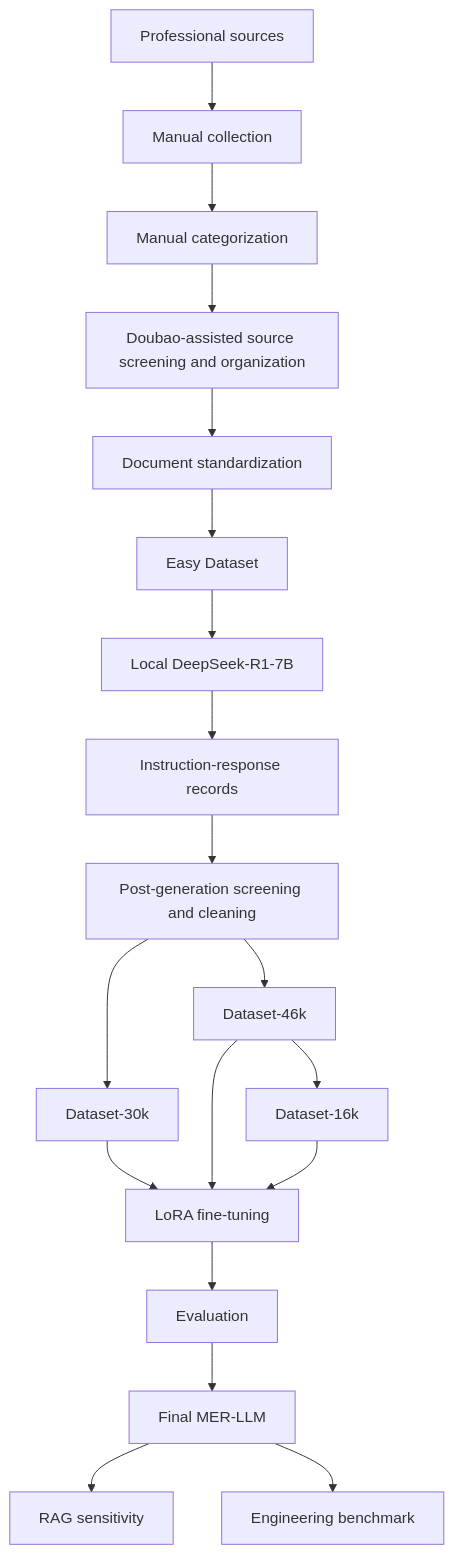
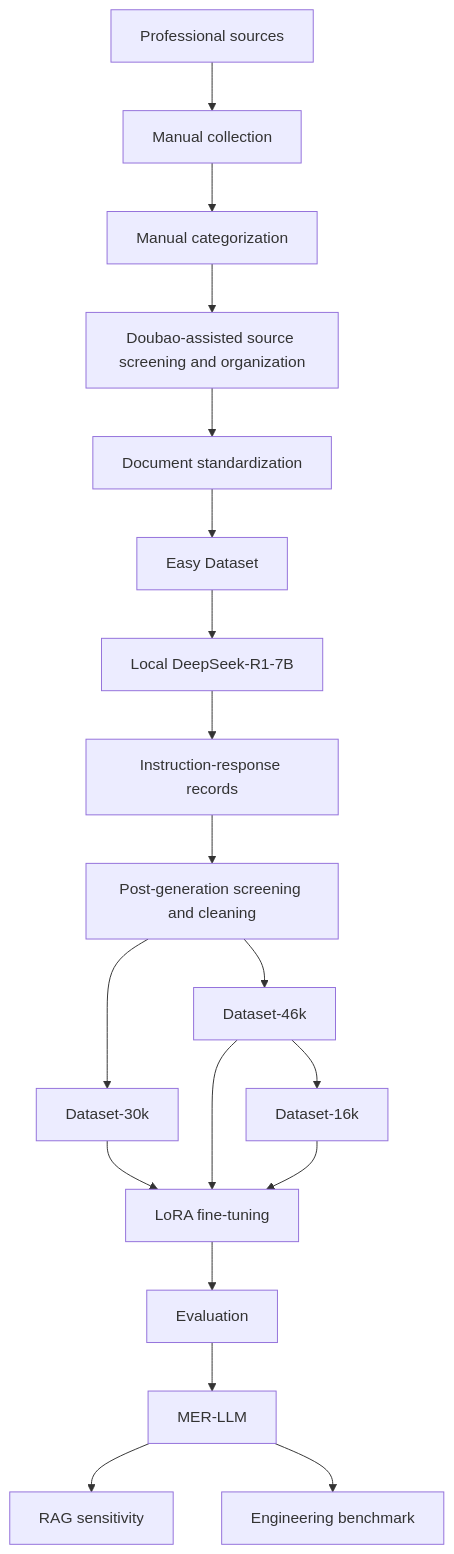
The diagram in README.md (doudouding777-rgb/MER-LLM-Reproducibility), drawn with Mermaid before and after one commit. The commit also changed other lines of this file and 6 other files, not shown here.

````diff
--- a/README.md
+++ b/README.md
@@ -33,21 +33,21 @@
 ```mermaid
 flowchart TD
   A[Professional sources] --> B[Manual collection]
   B --> C[Manual categorization]
   C --> D[Doubao-assisted source screening and organization]
   D --> E[Document standardization]
   E --> F[Easy Dataset]
   F --> G[Local DeepSeek-R1-7B]
   G --> H[Instruction-response records]
   H --> I[Post-generation screening and cleaning]
   I --> J[Dataset-30k]
   I --> K[Dataset-46k]
   K --> L[Dataset-16k]
   J --> M[LoRA fine-tuning]
   K --> M
   L --> M
   M --> N[Evaluation]
-  N --> O[Final MER-LLM]
+  N --> O[MER-LLM]
   O --> P[RAG sensitivity]
   O --> Q[Engineering benchmark]
 ```
````
